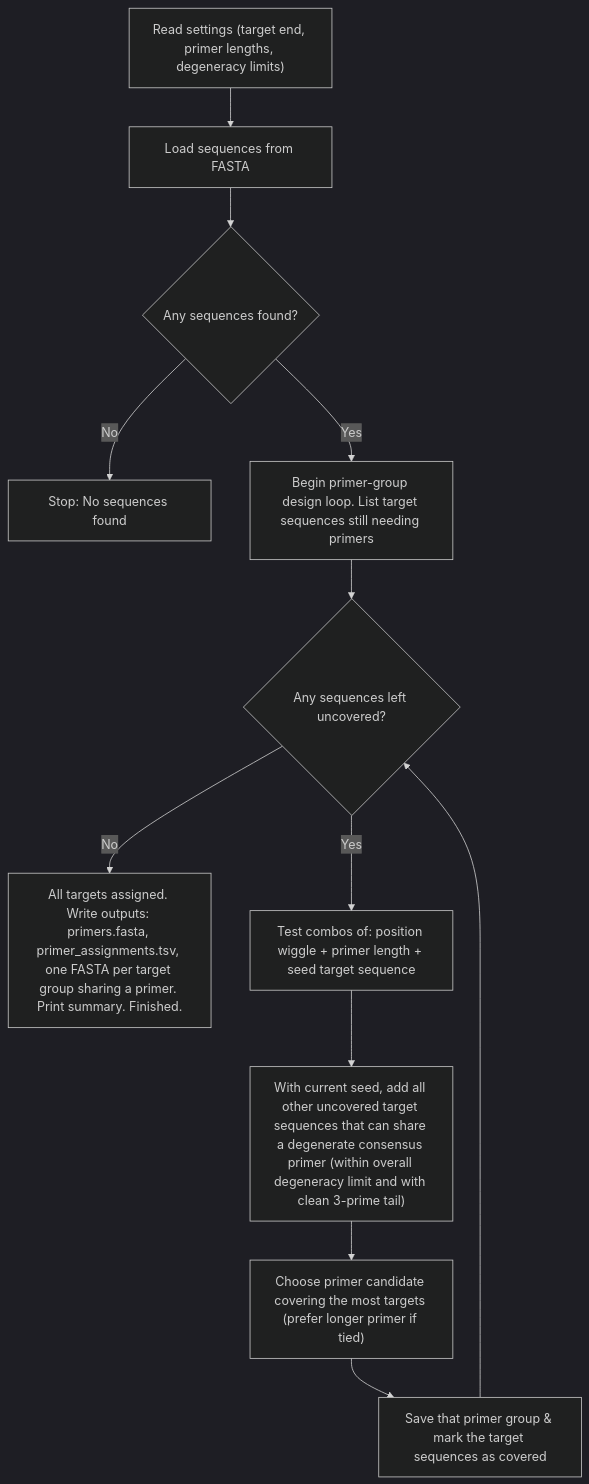
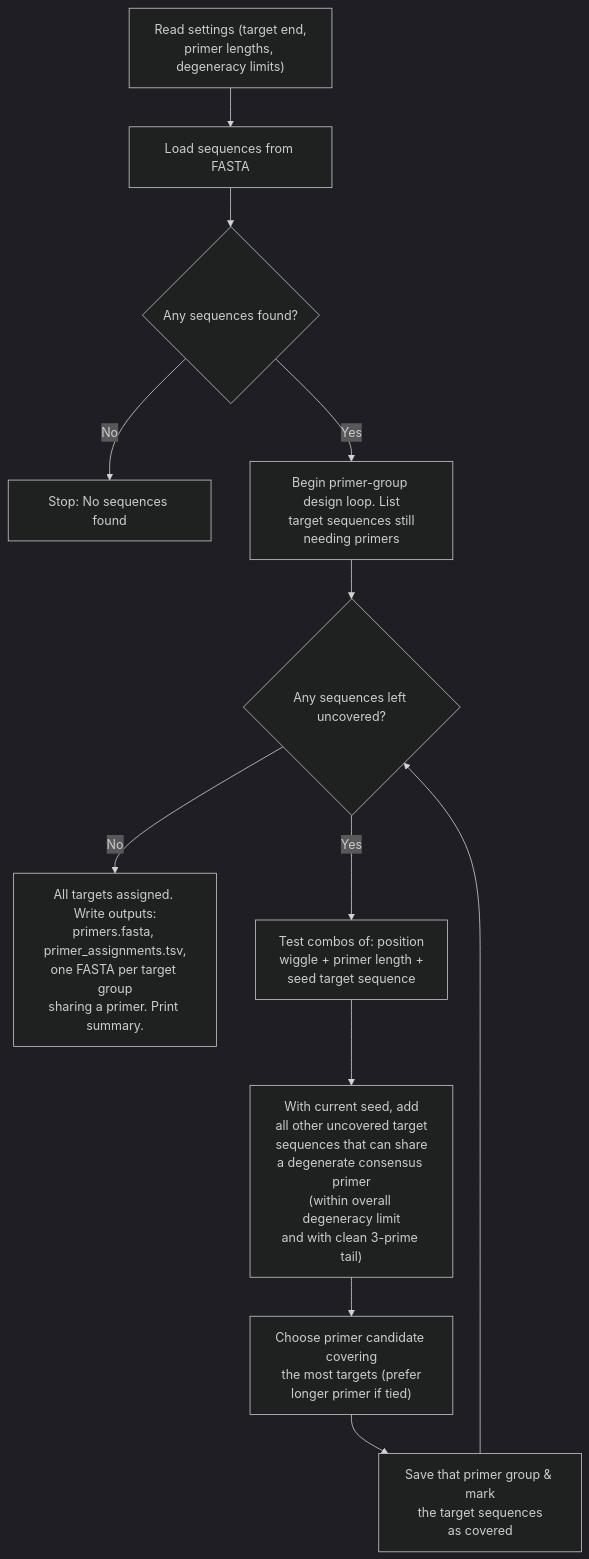
One commit to LukeHebert/bcrseq_primers changed the diagram in README.md. Above: the diagram before and after it, drawn with Mermaid (dark theme).

Commit message:
updated README.md mermaid diagram so text doesn't run off the page as seen on GitHub

````diff
--- a/README.md
+++ b/README.md
@@ -43,14 +43,14 @@
 ```mermaid
 graph TD
-A["Read settings (target end, primer lengths, degeneracy limits)"] --> B["Load sequences from FASTA"]
+A["Read settings (target end,<br>primer lengths, degeneracy limits)"] --> B["Load sequences from FASTA"]
 B --> C{"Any sequences found?"}
 C -- "No" --> D["Stop: No sequences found"]
-C -- "Yes" --> E["Begin primer-group design loop. List target sequences still needing primers"]
+C -- "Yes" --> E["Begin primer-group design loop. List<br>target sequences still<br>needing primers"]
 E --> F{"Any sequences left uncovered?"}
-F -- "No" --> G["All targets assigned. Write outputs: primers.fasta, primer_assignments.tsv, one FASTA per target group sharing a primer. Print summary. Finished."]
-F -- "Yes" --> H["Test combos of: position wiggle + primer length + seed target sequence"]
-H --> I["With current seed, add all other uncovered target sequences that can share a degenerate consensus primer (within overall degeneracy limit and with clean 3-prime tail)"]
-I --> J["Choose primer candidate covering the most targets (prefer longer primer if tied)"]
-J --> K["Save that primer group & mark the target sequences as covered"]
+F -- "No" --> G["All targets assigned. Write outputs:<br>primers.fasta, primer_assignments.tsv,<br>one FASTA per target group<br>sharing a primer. Print summary."]
+F -- "Yes" --> H["Test combos of: position<br>wiggle + primer length +<br>seed target sequence"]
+H --> I["With current seed, add<br>all other uncovered target<br>sequences that can share<br>a degenerate consensus primer<br>(within overall degeneracy limit<br>and with clean 3-prime tail)"]
+I --> J["Choose primer candidate covering<br>the most targets (prefer<br>longer primer if tied)"]
+J --> K["Save that primer group & mark<br>the target sequences<br>as covered"]
 K --> F
 ```
````
